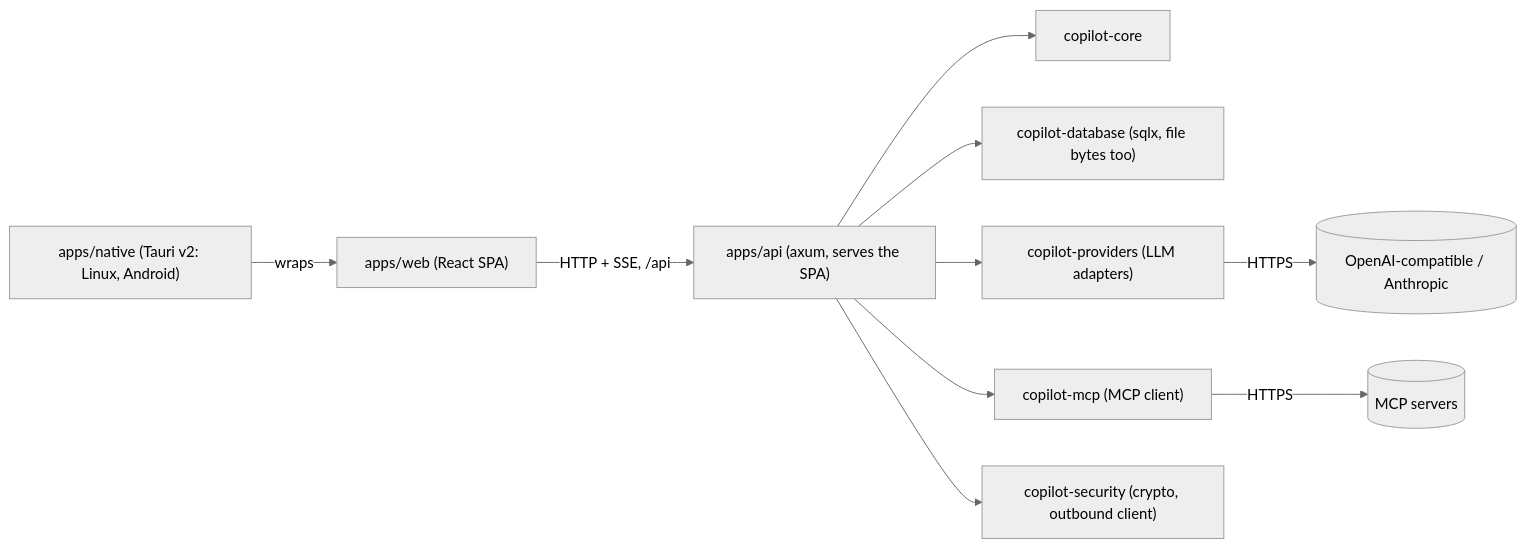
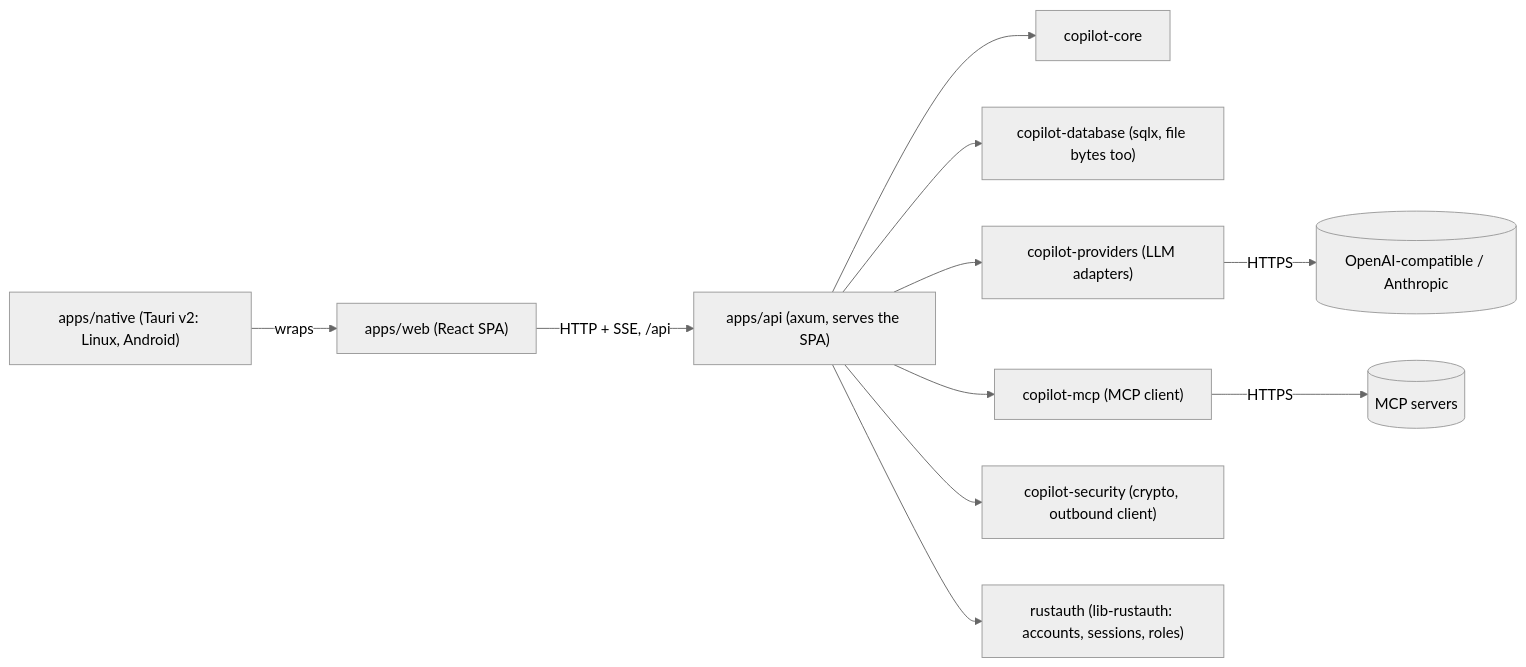
The diagram in docs/design/copilot.md (host39/copilot), drawn with Mermaid (neutral theme) before and after one commit. The commit also changed other lines of this file, not shown here.

First line of the commit message:
docs(p0.5): move identity out of the spec into lib-rustauth

````diff
--- a/docs/design/copilot.md
+++ b/docs/design/copilot.md
@@ -173,12 +173,13 @@
 ```mermaid
 flowchart LR
   Web["apps/web (React SPA)"] -->|"HTTP + SSE, /api"| API
   Native["apps/native (Tauri v2: Linux, Android)"] -->|wraps| Web
   API["apps/api (axum, serves the SPA)"] --> Core["copilot-core"]
   API --> DB["copilot-database (sqlx, file bytes too)"]
   API --> Providers["copilot-providers (LLM adapters)"]
   API --> Mcp["copilot-mcp (MCP client)"]
   API --> Security["copilot-security (crypto, outbound client)"]
+  API --> Auth["rustauth (lib-rustauth: accounts, sessions, roles)"]
   Providers -->|HTTPS| LLM[("OpenAI-compatible / Anthropic")]
   Mcp -->|HTTPS| Tools[("MCP servers")]
 ```
````
